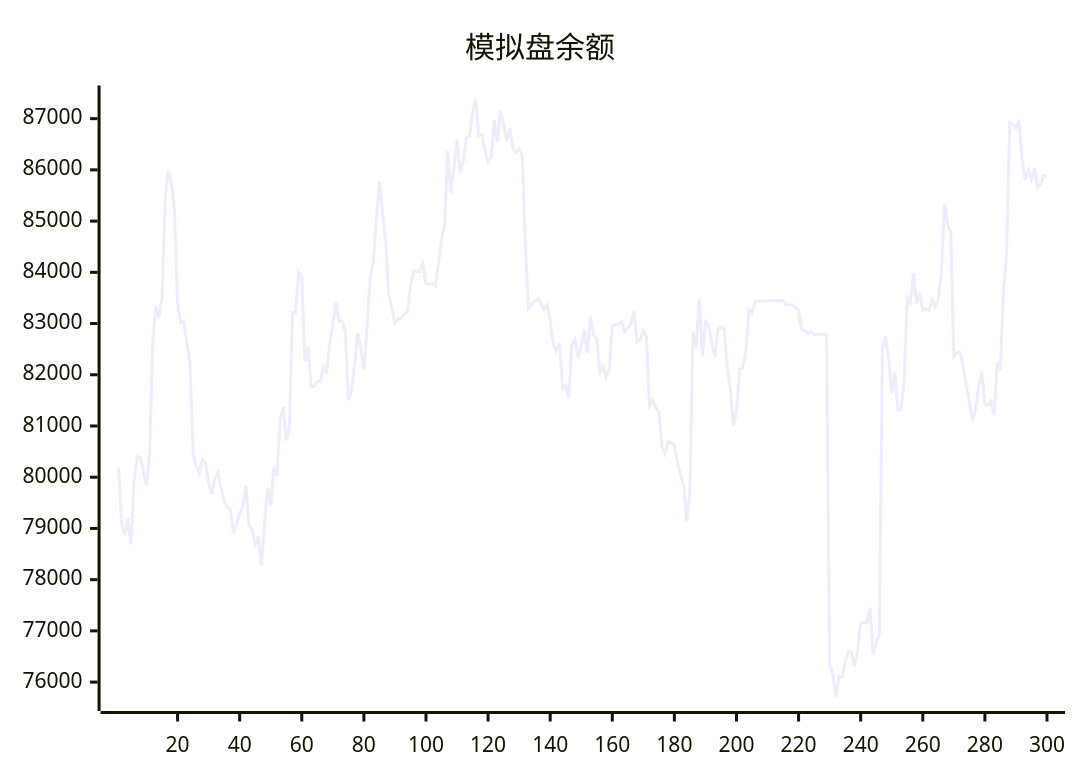
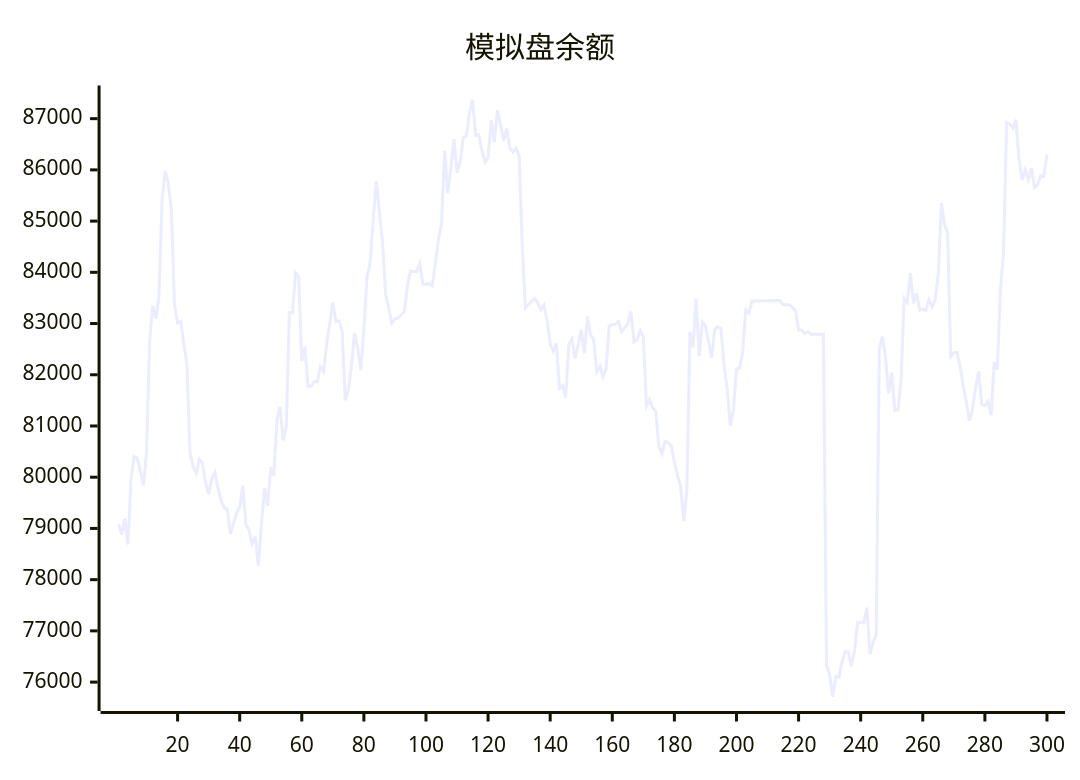
One commit to aahl/ai-trading changed the diagram in README.md. Above: the diagram before and after it, drawn with Mermaid. The commit also changed other lines of this file and 1 other file, not shown here.

````diff
--- a/README.md
+++ b/README.md
@@ -5,5 +5,5 @@
 ```mermaid
 xychart
     title "模拟盘余额"
-    line [80190,79084,78879,79193,78686,79954,80403,80374,80118,79848,80491,82665,83351,83098,83525,85430,85983,85737,85221,83378,83014,83043,82613,82216,80477,80208,80081,80348,80277,79894,79670,79965,80093,79786,79542,79406,79371,78893,79087,79304,79406,79841,79072,78978,78696,78846,78272,79085,79787,79442,80198,80031,81120,81379,80718,80985,83214,83212,83993,83921,82270,82547,81776,81776,81866,81866,82158,82061,82596,83000,83408,83041,83050,82858,81503,81691,82188,82812,82517,82092,82901,83898,84180,85030,85781,85178,84604,83569,83298,83008,83093,83107,83175,83228,83729,84025,84017,84019,84177,83775,83762,83785,83738,84160,84639,84939,86370,85548,86046,86599,85942,86161,86622,86664,87115,87369,86666,86685,86384,86152,86243,86969,86548,87164,86885,86566,86809,86427,86348,86417,86273,84538,83299,83369,83430,83490,83404,83270,83362,83056,82605,82459,82614,81734,81788,81551,82598,82702,82320,82580,82878,82426,83139,82778,82686,82056,82166,81963,82110,82951,82983,82984,83038,82838,82915,82998,83235,82642,82682,82858,82746,81396,81512,81362,81277,80600,80461,80699,80673,80616,80288,80038,79836,79142,79722,82837,82533,83480,82366,83032,82960,82654,82330,82883,82934,82901,82188,81728,81005,81298,82110,82135,82449,83264,83203,83440,83439,83440,83440,83446,83447,83448,83447,83448,83449,83369,83369,83369,83313,83256,82872,82873,82801,82844,82785,82791,82791,82793,82794,76339,76145,75714,76110,76096,76397,76594,76585,76310,76607,77160,77170,77160,77456,76541,76774,76927,82520,82744,82337,81639,82040,81307,81314,81887,83490,83414,83984,83396,83594,83261,83287,83253,83470,83327,83465,83987,85348,84930,84786,82355,82433,82438,82167,81795,81466,81105,81315,81756,82064,81426,81398,81481,81210,82242,82099,83658,84359,86925,86892,86814,86980,86203,85802,86003,85811,86028,85657,85721,85896,85880]
+    line [79084,78879,79193,78686,79954,80403,80374,80118,79848,80491,82665,83351,83098,83525,85430,85983,85737,85221,83378,83014,83043,82613,82216,80477,80208,80081,80348,80277,79894,79670,79965,80093,79786,79542,79406,79371,78893,79087,79304,79406,79841,79072,78978,78696,78846,78272,79085,79787,79442,80198,80031,81120,81379,80718,80985,83214,83212,83993,83921,82270,82547,81776,81776,81866,81866,82158,82061,82596,83000,83408,83041,83050,82858,81503,81691,82188,82812,82517,82092,82901,83898,84180,85030,85781,85178,84604,83569,83298,83008,83093,83107,83175,83228,83729,84025,84017,84019,84177,83775,83762,83785,83738,84160,84639,84939,86370,85548,86046,86599,85942,86161,86622,86664,87115,87369,86666,86685,86384,86152,86243,86969,86548,87164,86885,86566,86809,86427,86348,86417,86273,84538,83299,83369,83430,83490,83404,83270,83362,83056,82605,82459,82614,81734,81788,81551,82598,82702,82320,82580,82878,82426,83139,82778,82686,82056,82166,81963,82110,82951,82983,82984,83038,82838,82915,82998,83235,82642,82682,82858,82746,81396,81512,81362,81277,80600,80461,80699,80673,80616,80288,80038,79836,79142,79722,82837,82533,83480,82366,83032,82960,82654,82330,82883,82934,82901,82188,81728,81005,81298,82110,82135,82449,83264,83203,83440,83439,83440,83440,83446,83447,83448,83447,83448,83449,83369,83369,83369,83313,83256,82872,82873,82801,82844,82785,82791,82791,82793,82794,76339,76145,75714,76110,76096,76397,76594,76585,76310,76607,77160,77170,77160,77456,76541,76774,76927,82520,82744,82337,81639,82040,81307,81314,81887,83490,83414,83984,83396,83594,83261,83287,83253,83470,83327,83465,83987,85348,84930,84786,82355,82433,82438,82167,81795,81466,81105,81315,81756,82064,81426,81398,81481,81210,82242,82099,83658,84359,86925,86892,86814,86980,86203,85802,86003,85811,86028,85657,85721,85896,85880,86300]
 ```
````
